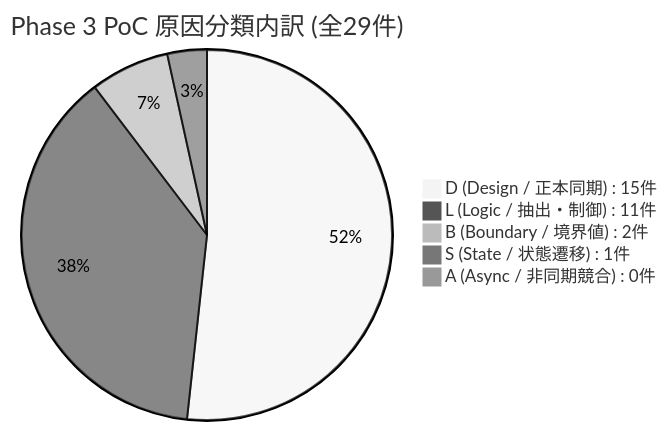
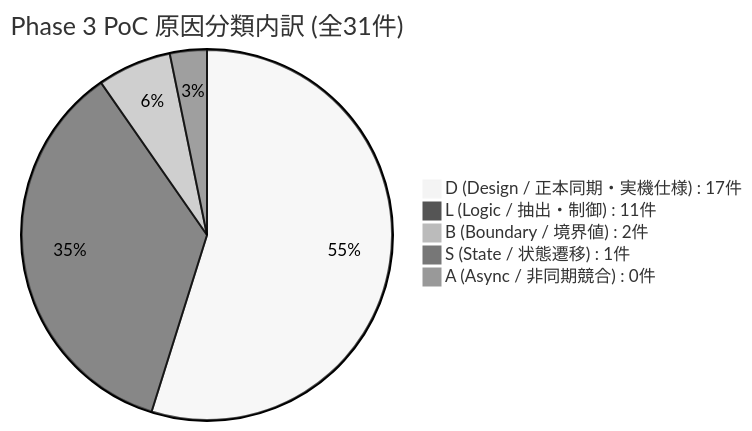
Before and after one commit to high-soar/Yommy: the diagram in docs/quality/reports/phase3-poc.md, drawn with Mermaid (neutral theme). The commit also changed other lines of this file and 3 other files, not shown here.

````diff
--- a/docs/quality/reports/phase3-poc.md
+++ b/docs/quality/reports/phase3-poc.md
@@ -74,8 +74,8 @@
 ```mermaid
-pie title Phase 3 PoC 原因分類内訳 (全29件)
-    "D (Design / 正本同期) : 15件" : 15
+pie title Phase 3 PoC 原因分類内訳 (全31件)
+    "D (Design / 正本同期・実機仕様) : 17件" : 17
     "L (Logic / 抽出・制御) : 11件" : 11
     "B (Boundary / 境界値) : 2件" : 2
     "S (State / 状態遷移) : 1件" : 1
     "A (Async / 非同期競合) : 0件" : 0
 ```
````
